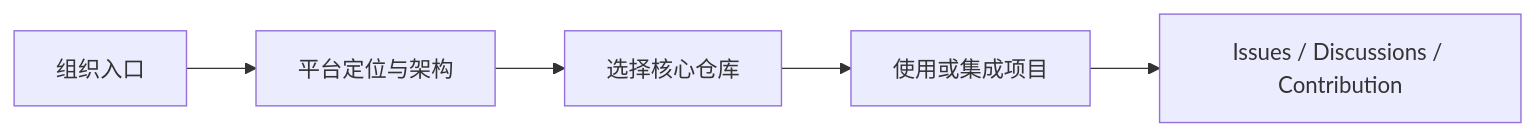
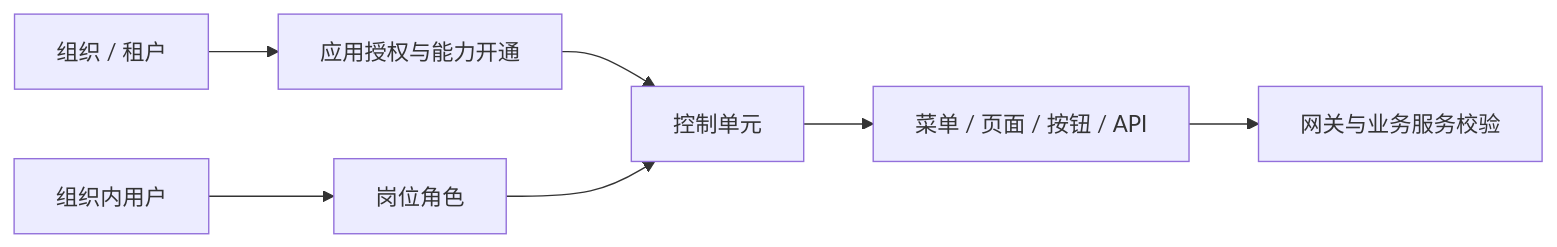
Before and after one commit to g2rain/g2rain: the diagram in README.md, drawn with Mermaid. The commit also changed other lines of this file and 14 other files, not shown here.

````diff
--- a/README.md
+++ b/README.md
@@ -90,7 +29,9 @@
 ```mermaid
 flowchart LR
-  A[组织入口] --> B[平台定位与架构]
-  B --> C[选择核心仓库]
-  C --> D[使用或集成项目]
-  D --> E[Issues / Discussions / Contribution]
+  T[组织 / 租户] --> A[应用授权与能力开通]
+  U[组织内用户] --> R[岗位角色]
+  A --> C[控制单元]
+  R --> C
+  C --> P[菜单 / 页面 / 按钮 / API]
+  P --> S[网关与业务服务校验]
 ```
````
